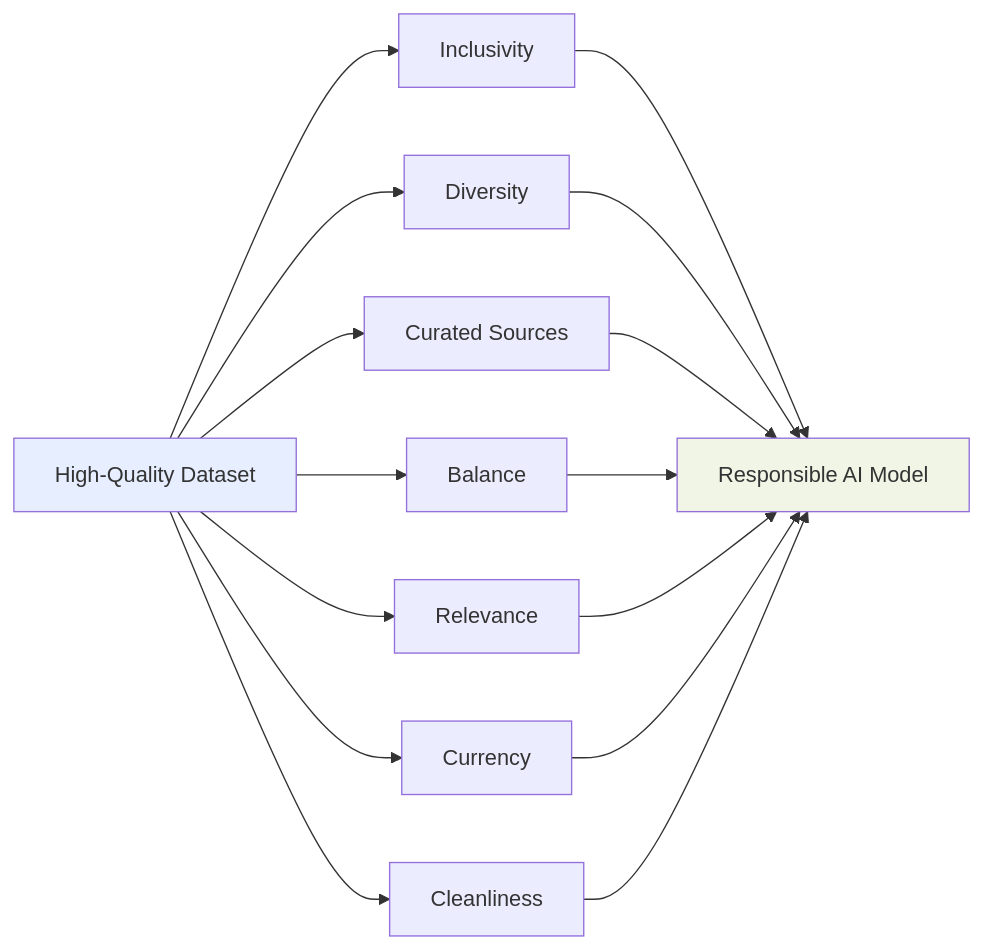
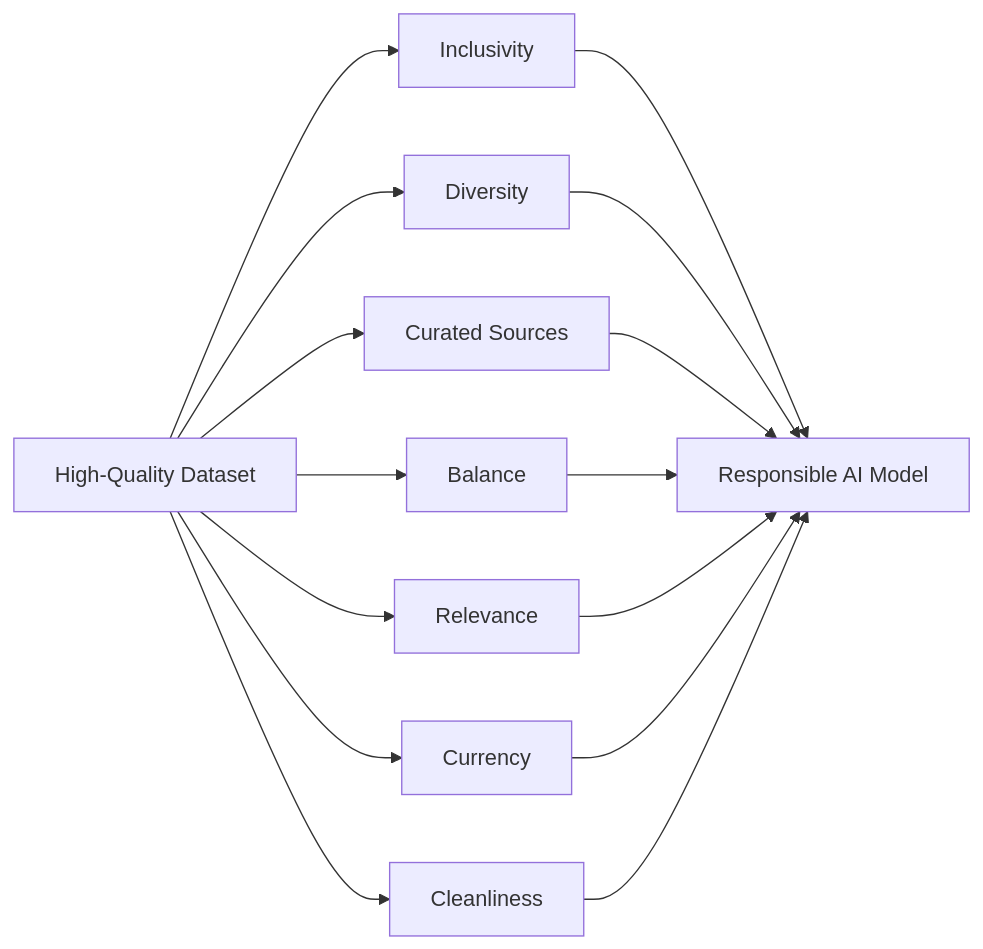
The fifth of 6 diagrams in english/40_10_Responsible_AI_Systems.md (CloudCityPress/aws-aif-c01), drawn with Mermaid before and after one commit. The commit also changed other lines of this file and 16 other files, not shown here.

Commit message:
updating Mermaids

````diff
--- a/english/40_10_Responsible_AI_Systems.md
+++ b/english/40_10_Responsible_AI_Systems.md
@@ -208,13 +196,11 @@
 ```mermaid
 flowchart LR
     A[High-Quality Dataset] --> B[Inclusivity]
     A --> C[Diversity]
     A --> D[Curated Sources]
     A --> E[Balance]
     A --> F[Relevance]
     A --> G[Currency]
     A --> H[Cleanliness]
     B & C & D & E & F & G & H --> I[Responsible AI Model]
-    style A fill:#e6eeff
-    style I fill:#f0f5e6
 ```
````
